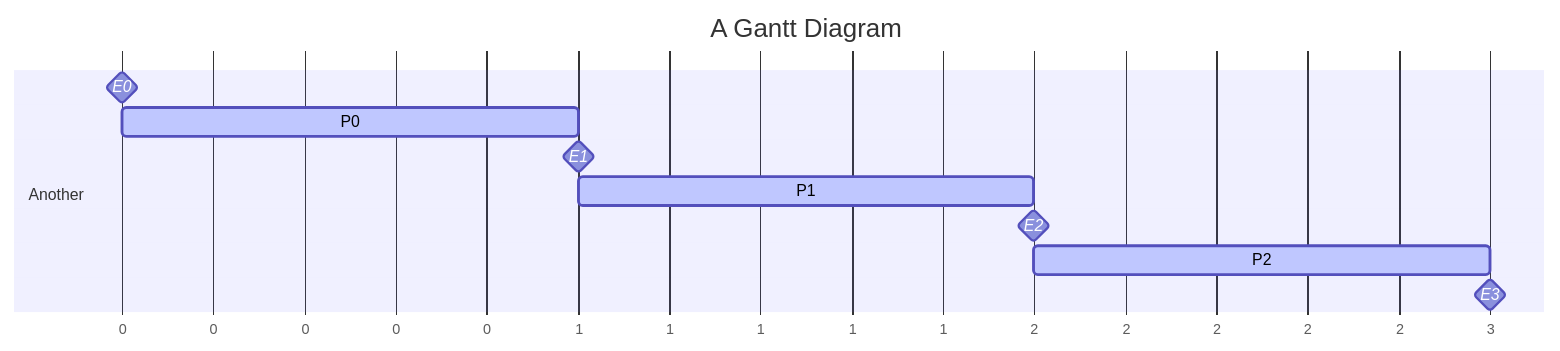
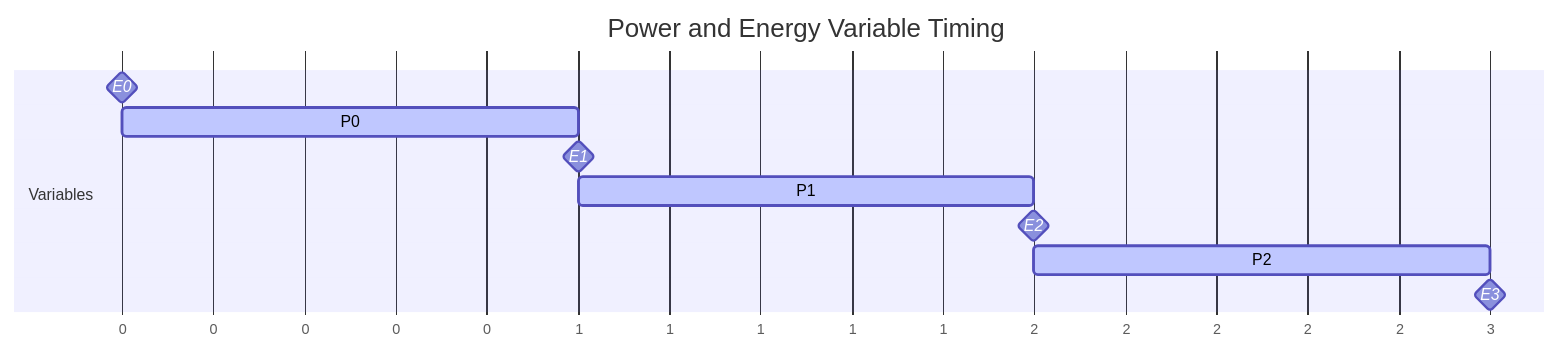
Before and after one commit to hass-energy/haeo: the second of 2 diagrams in docs/modeling/index.md, drawn with Mermaid. The commit also changed 15 other files, not shown here.

````diff
--- a/docs/modeling/index.md
+++ b/docs/modeling/index.md
@@ -136,15 +136,15 @@
 ```mermaid
 gantt
-    title A Gantt Diagram
+    title Power and Energy Variable Timing
     dateFormat X
     axisFormat %s
-    section Another
+    section Variables
         E0 :milestone, 0, 0s
         P0 :active, 1s
         E1 :milestone,
         P1 :active, 1s
         E2 :milestone,
         P2 :active, 1s
         E3 :milestone,
 
 ```
````
